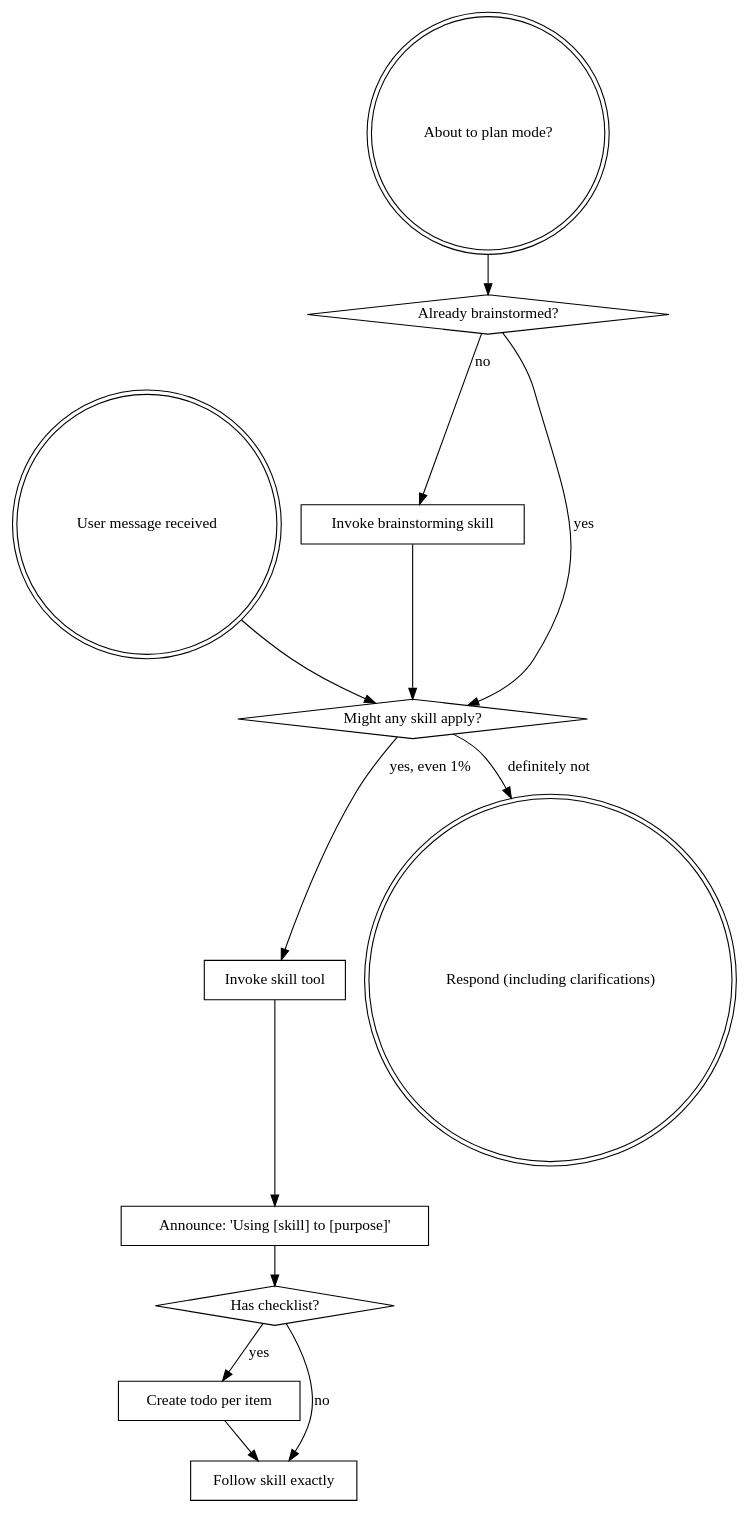
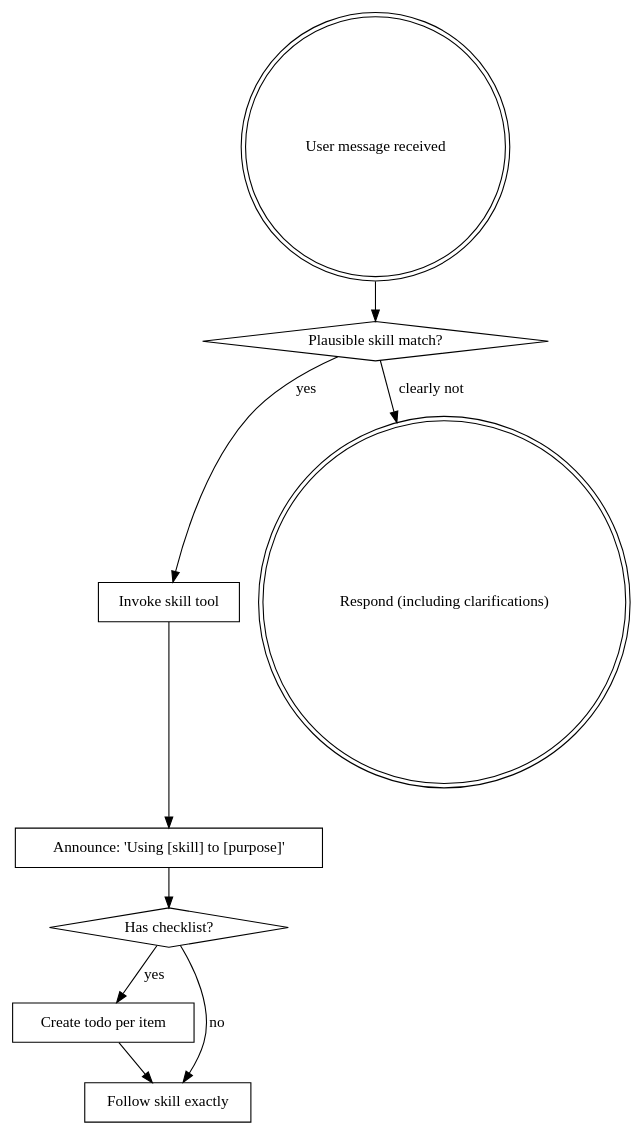
Before and after one commit to BubbleBuffer/superpawers: the diagram in skills/using-superpawers/SKILL.md, drawn with Graphviz. The commit also changed other lines of this file and 36 other files, not shown here.

````diff
--- a/skills/using-superpawers/SKILL.md
+++ b/skills/using-superpawers/SKILL.md
@@ -57,29 +78,21 @@
 ```dot
 digraph skill_flow {
     "User message received" [shape=doublecircle];
-    "About to plan mode?" [shape=doublecircle];
-    "Already brainstormed?" [shape=diamond];
-    "Invoke brainstorming skill" [shape=box];
-    "Might any skill apply?" [shape=diamond];
+    "Plausible skill match?" [shape=diamond];
     "Invoke skill tool" [shape=box];
     "Announce: 'Using [skill] to [purpose]'" [shape=box];
     "Has checklist?" [shape=diamond];
     "Create todo per item" [shape=box];
     "Follow skill exactly" [shape=box];
     "Respond (including clarifications)" [shape=doublecircle];
 
-    "About to plan mode?" -> "Already brainstormed?";
-    "Already brainstormed?" -> "Invoke brainstorming skill" [label="no"];
-    "Already brainstormed?" -> "Might any skill apply?" [label="yes"];
-    "Invoke brainstorming skill" -> "Might any skill apply?";
-
-    "User message received" -> "Might any skill apply?";
-    "Might any skill apply?" -> "Invoke skill tool" [label="yes, even 1%"];
-    "Might any skill apply?" -> "Respond (including clarifications)" [label="definitely not"];
+    "User message received" -> "Plausible skill match?";
+    "Plausible skill match?" -> "Invoke skill tool" [label="yes"];
+    "Plausible skill match?" -> "Respond (including clarifications)" [label="clearly not"];
     "Invoke skill tool" -> "Announce: 'Using [skill] to [purpose]'";
     "Announce: 'Using [skill] to [purpose]'" -> "Has checklist?";
     "Has checklist?" -> "Create todo per item" [label="yes"];
     "Has checklist?" -> "Follow skill exactly" [label="no"];
     "Create todo per item" -> "Follow skill exactly";
 }
 ```
````
